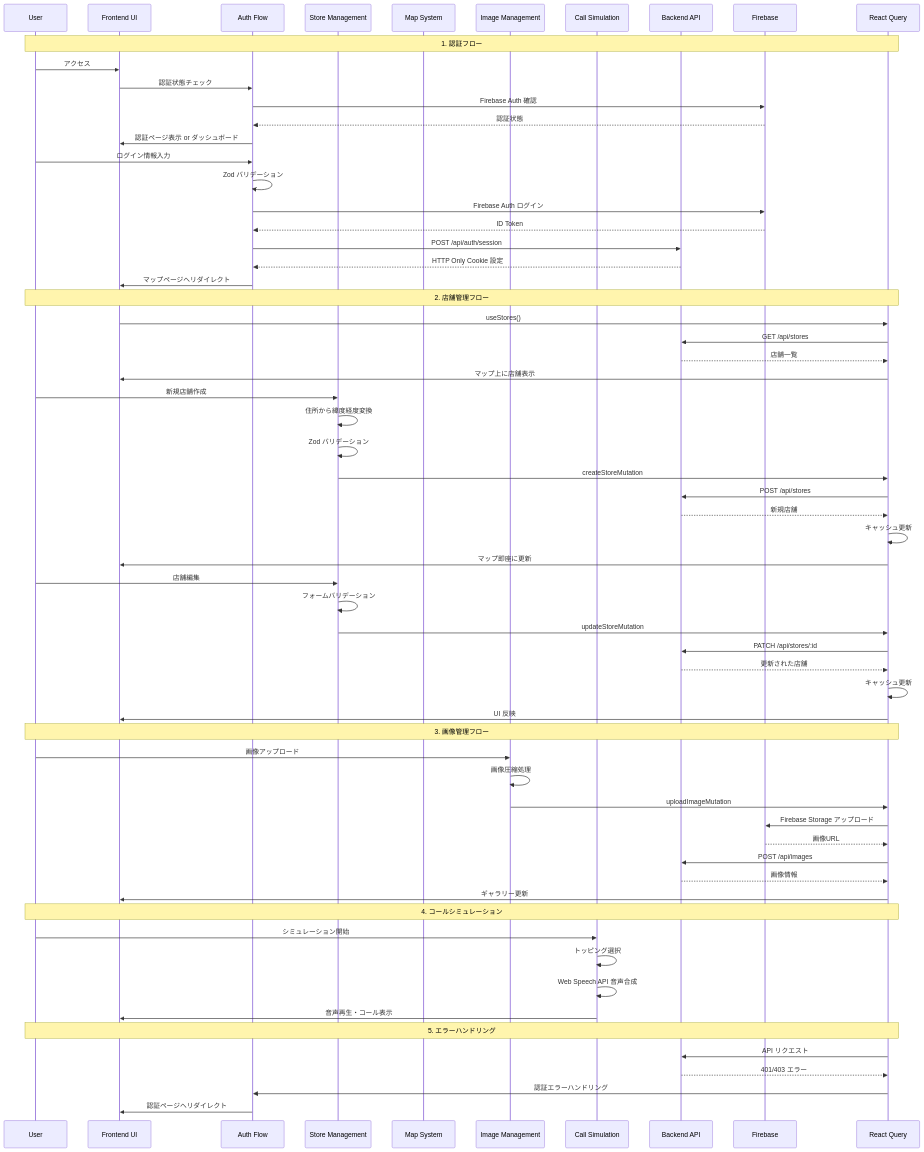
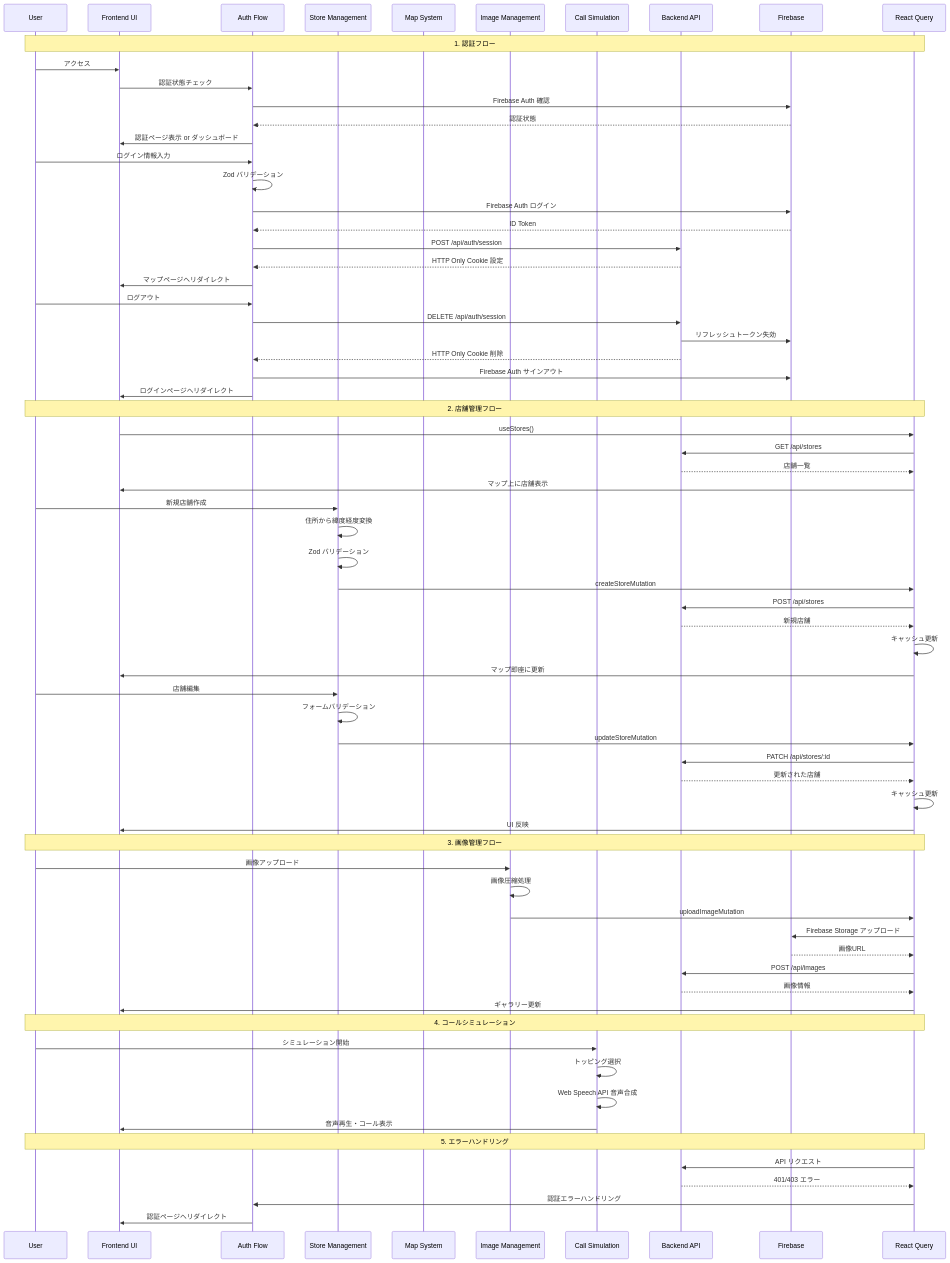
The first of 2 diagrams in README.md (hideaki1979/jnavi_web), drawn with Mermaid before and after one commit. The commit also changed other lines of this file and 3 other files, not shown here.

````diff
--- a/README.md
+++ b/README.md
@@ -101,73 +102,80 @@
 ```mermaid
 sequenceDiagram
     participant U as User
     participant UI as Frontend UI
     participant A as Auth Flow
     participant S as Store Management
     participant M as Map System
     participant I as Image Management
     participant C as Call Simulation
     participant API as Backend API
     participant F as Firebase
     participant RQ as React Query
 
     Note over U,RQ: 1. 認証フロー
     U->>UI: アクセス
     UI->>A: 認証状態チェック
     A->>F: Firebase Auth 確認
     F-->>A: 認証状態
     A->>UI: 認証ページ表示 or ダッシュボード
 
     U->>A: ログイン情報入力
     A->>A: Zod バリデーション
     A->>F: Firebase Auth ログイン
     F-->>A: ID Token
     A->>API: POST /api/auth/session
     API-->>A: HTTP Only Cookie 設定
     A->>UI: マップページへリダイレクト
+
+    U->>A: ログアウト
+    A->>API: DELETE /api/auth/session
+    API->>F: リフレッシュトークン失効
+    API-->>A: HTTP Only Cookie 削除
+    A->>F: Firebase Auth サインアウト
+    A->>UI: ログインページへリダイレクト
 
     Note over U,RQ: 2. 店舗管理フロー
     UI->>RQ: useStores()
     RQ->>API: GET /api/stores
     API-->>RQ: 店舗一覧
     RQ->>UI: マップ上に店舗表示
 
     U->>S: 新規店舗作成
     S->>S: 住所から緯度経度変換
     S->>S: Zod バリデーション
     S->>RQ: createStoreMutation
     RQ->>API: POST /api/stores
     API-->>RQ: 新規店舗
     RQ->>RQ: キャッシュ更新
     RQ->>UI: マップ即座に更新
 
     U->>S: 店舗編集
     S->>S: フォームバリデーション
     S->>RQ: updateStoreMutation
     RQ->>API: PATCH /api/stores/:id
     API-->>RQ: 更新された店舗
     RQ->>RQ: キャッシュ更新
     RQ->>UI: UI 反映
 
     Note over U,RQ: 3. 画像管理フロー
     U->>I: 画像アップロード
     I->>I: 画像圧縮処理
     I->>RQ: uploadImageMutation
     RQ->>F: Firebase Storage アップロード
     F-->>RQ: 画像URL
     RQ->>API: POST /api/images
     API-->>RQ: 画像情報
     RQ->>UI: ギャラリー更新
 
     Note over U,RQ: 4. コールシミュレーション
     U->>C: シミュレーション開始
     C->>C: トッピング選択
     C->>C: Web Speech API 音声合成
     C->>UI: 音声再生・コール表示
 
     Note over U,RQ: 5. エラーハンドリング
     RQ->>API: API リクエスト
     API-->>RQ: 401/403 エラー
     RQ->>A: 認証エラーハンドリング
     A->>UI: 認証ページへリダイレクト
 ```
````
